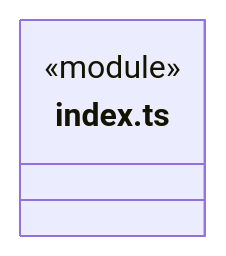
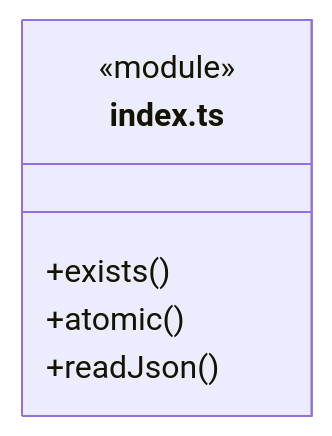
One commit to nan023062/cbim changed the first of 3 diagrams in src/core/platform/node/files/ARCHITECTURE.md. Above: the diagram before and after it, drawn with Mermaid. The commit also changed other lines of this file and 137 other files, not shown here.

Commit message:
fix: align architecture generator with documentation standards

````diff
--- a/src/core/platform/node/files/ARCHITECTURE.md
+++ b/src/core/platform/node/files/ARCHITECTURE.md
@@ -56,6 +58,9 @@
 ```mermaid
 classDiagram
 class N_src_core_platform_node_files_index_ts["index.ts"] {
   <<module>>
+  +exists()
+  +atomic()
+  +readJson()
 }
 ```
````
